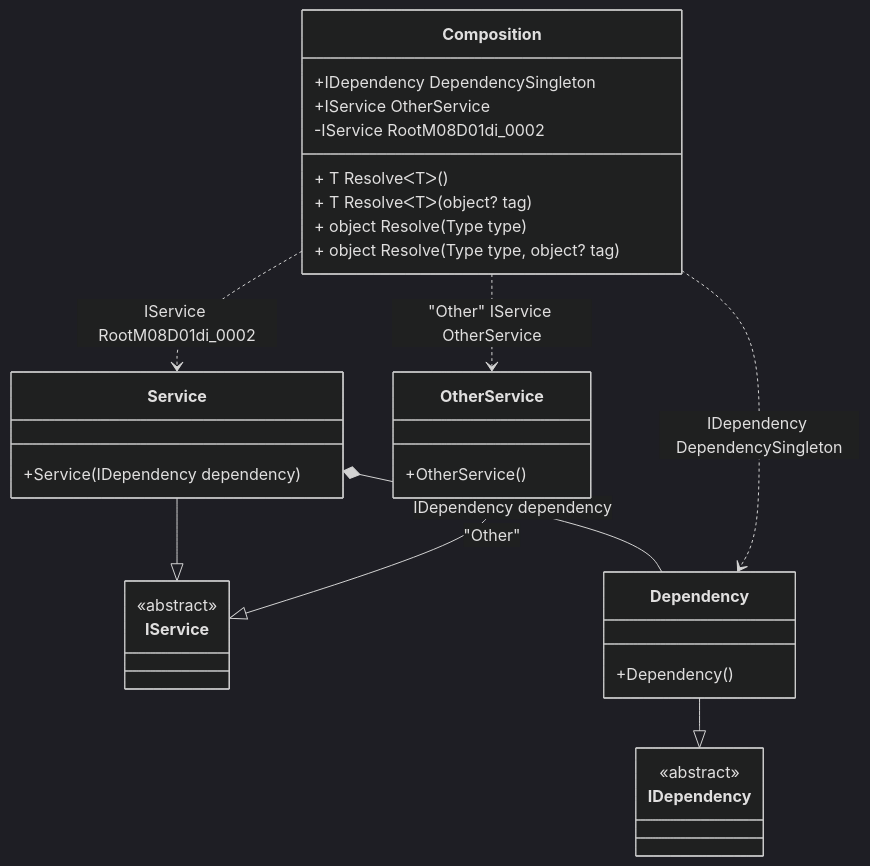
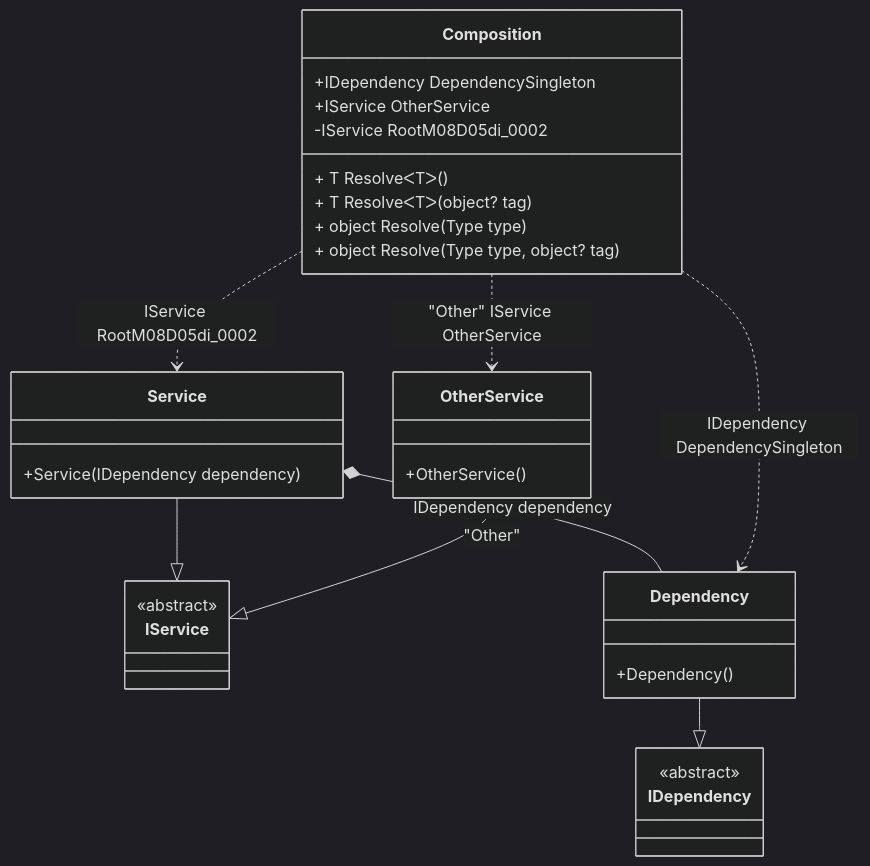
Before and after one commit to DevTeam/Pure.DI: the diagram in readme/resolve-methods.md, drawn with Mermaid (dark theme). The commit also changed other lines of this file and 58 other files, not shown here.

````diff
--- a/readme/resolve-methods.md
+++ b/readme/resolve-methods.md
@@ -47,34 +47,34 @@
 ```mermaid
 classDiagram
   class Composition {
     +IDependency DependencySingleton
     +IService OtherService
-    -IService RootM08D01di_0002
+    -IService RootM08D05di_0002
     + T ResolveᐸTᐳ()
     + T ResolveᐸTᐳ(object? tag)
     + object Resolve(Type type)
     + object Resolve(Type type, object? tag)
   }
   Service --|> IService : 
   class Service {
     +Service(IDependency dependency)
   }
   Dependency --|> IDependency : 
   class Dependency {
     +Dependency()
   }
   OtherService --|> IService : "Other" 
   class OtherService {
     +OtherService()
   }
   class IService {
     <<abstract>>
   }
   class IDependency {
     <<abstract>>
   }
   Service *--  Dependency : IDependency dependency
   Composition ..> Dependency : IDependency DependencySingleton
-  Composition ..> Service : IService RootM08D01di_0002
+  Composition ..> Service : IService RootM08D05di_0002
   Composition ..> OtherService : "Other" IService OtherService
 ```
````
